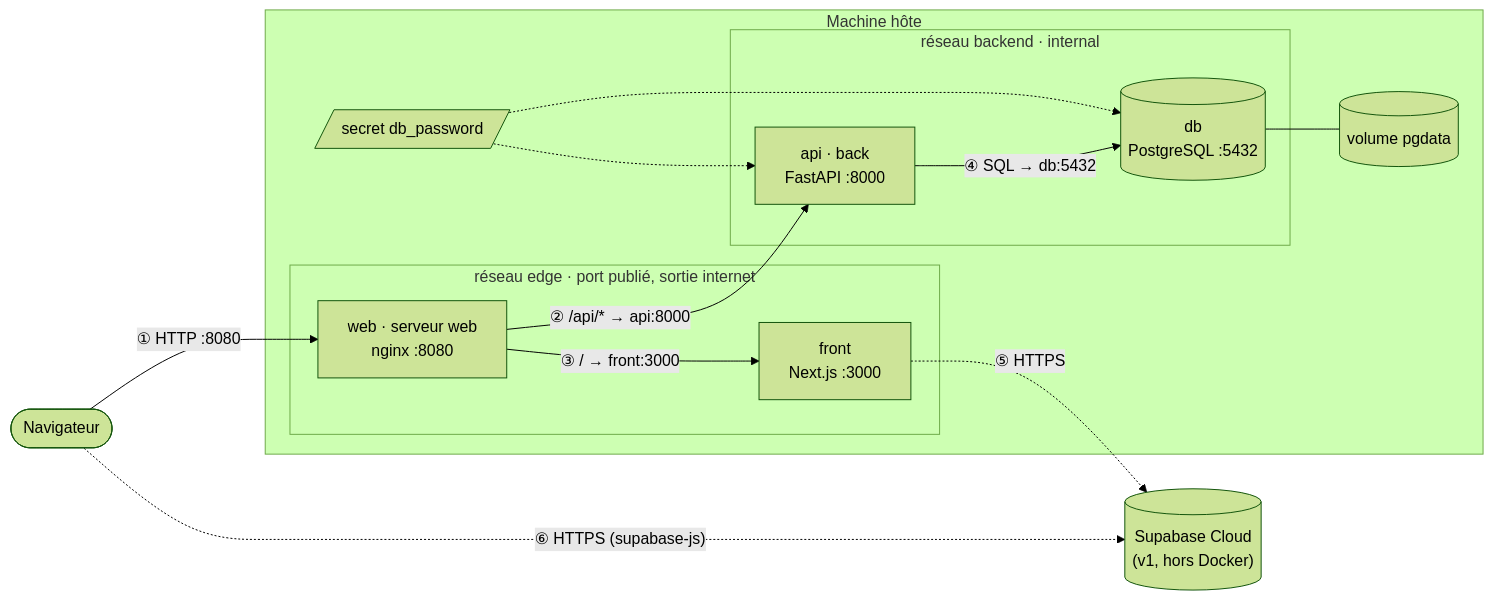
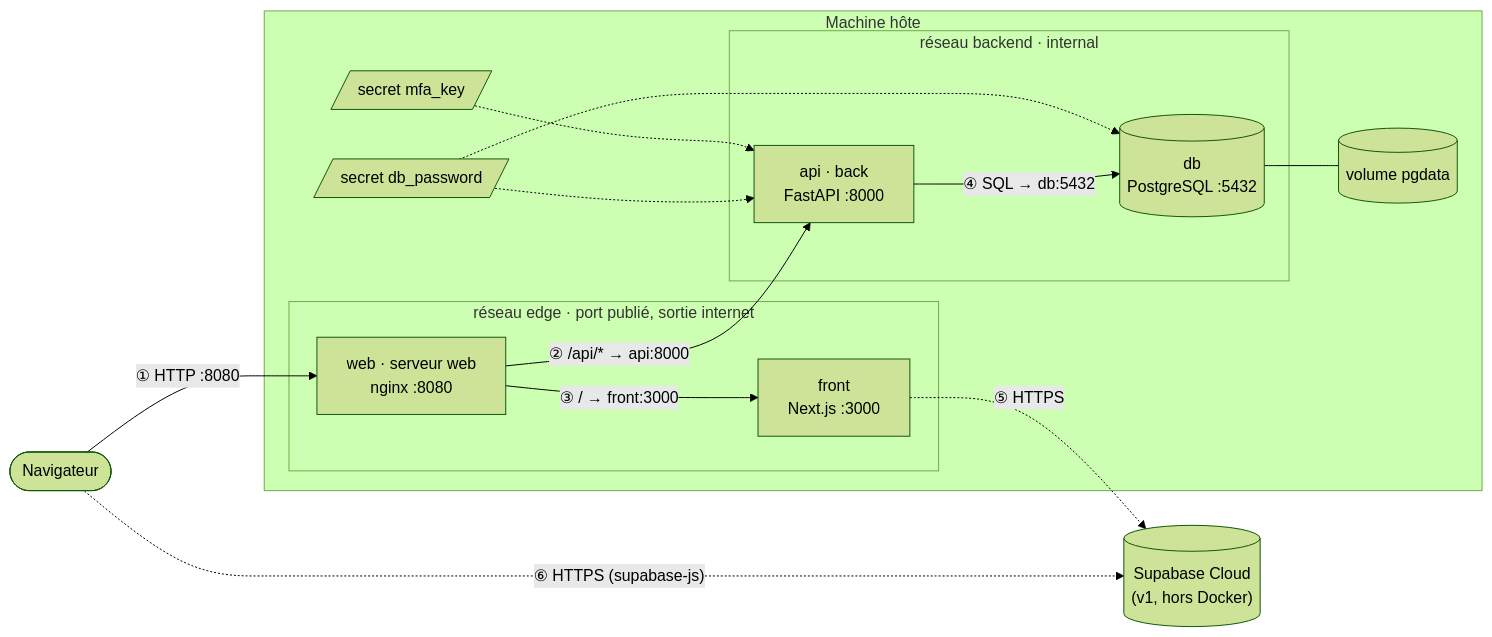
The second of 3 diagrams in docker/README.md (zharrow/Luniqo), drawn with Mermaid (forest theme) before and after one commit. The commit also changed other lines of this file and 5 other files, not shown here.

````diff
--- a/docker/README.md
+++ b/docker/README.md
@@ -116,28 +117,30 @@
 ```mermaid
 flowchart LR
     browser(["Navigateur"])
 
     subgraph host["Machine hôte"]
         subgraph edge["réseau edge · port publié, sortie internet"]
             web["web · serveur web<br/>nginx :8080"]
             front["front<br/>Next.js :3000"]
         end
         subgraph backend["réseau backend · internal"]
             api["api · back<br/>FastAPI :8000"]
             db[("db<br/>PostgreSQL :5432")]
         end
         vol[("volume pgdata")]
         secret[/"secret db_password"/]
+        mfakey[/"secret mfa_key"/]
     end
 
     browser -- "① HTTP :8080" --> web
     web -- "② /api/* → api:8000" --> api
     web -- "③ / → front:3000" --> front
     api -- "④ SQL → db:5432" --> db
     supa[("Supabase Cloud<br/>(v1, hors Docker)")]
     front -. "⑤ HTTPS" .-> supa
     browser -. "⑥ HTTPS (supabase-js)" .-> supa
     db --- vol
     secret -.-> db
     secret -.-> api
+    mfakey -.-> api
 ```
````
